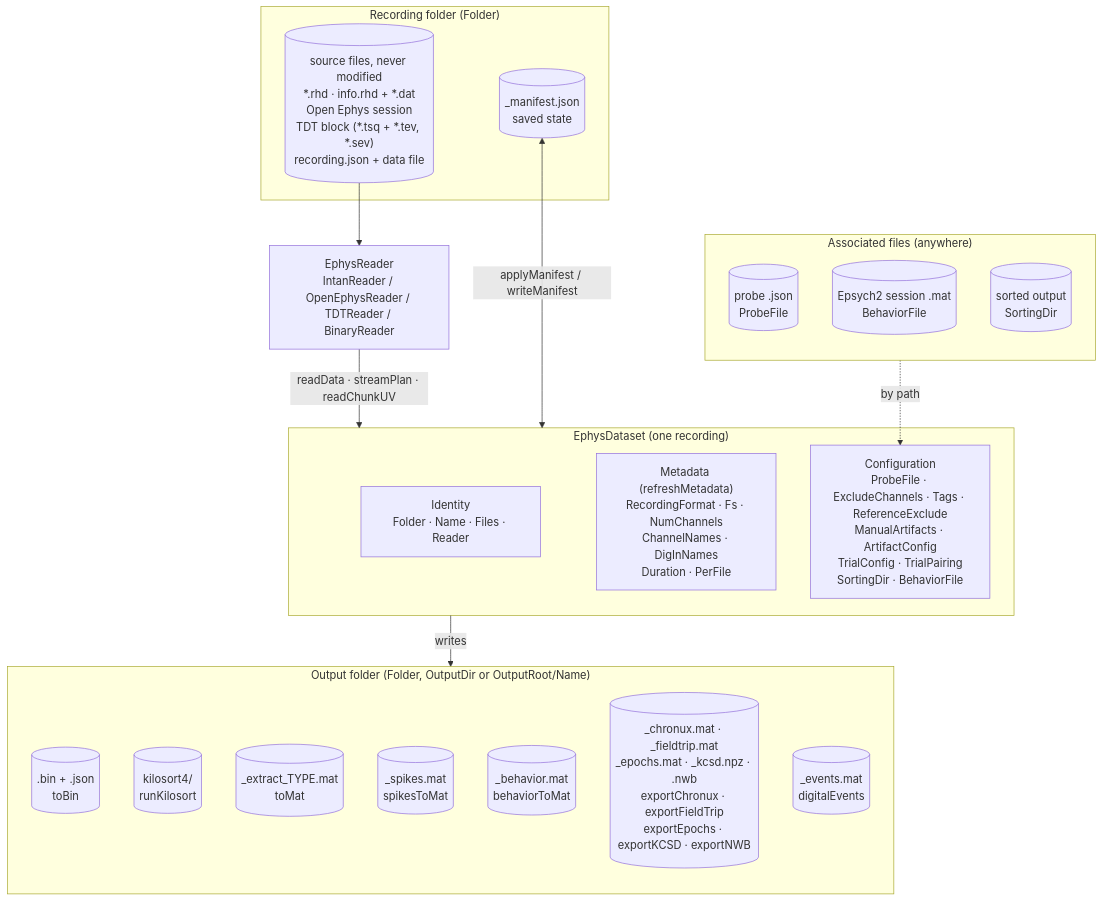
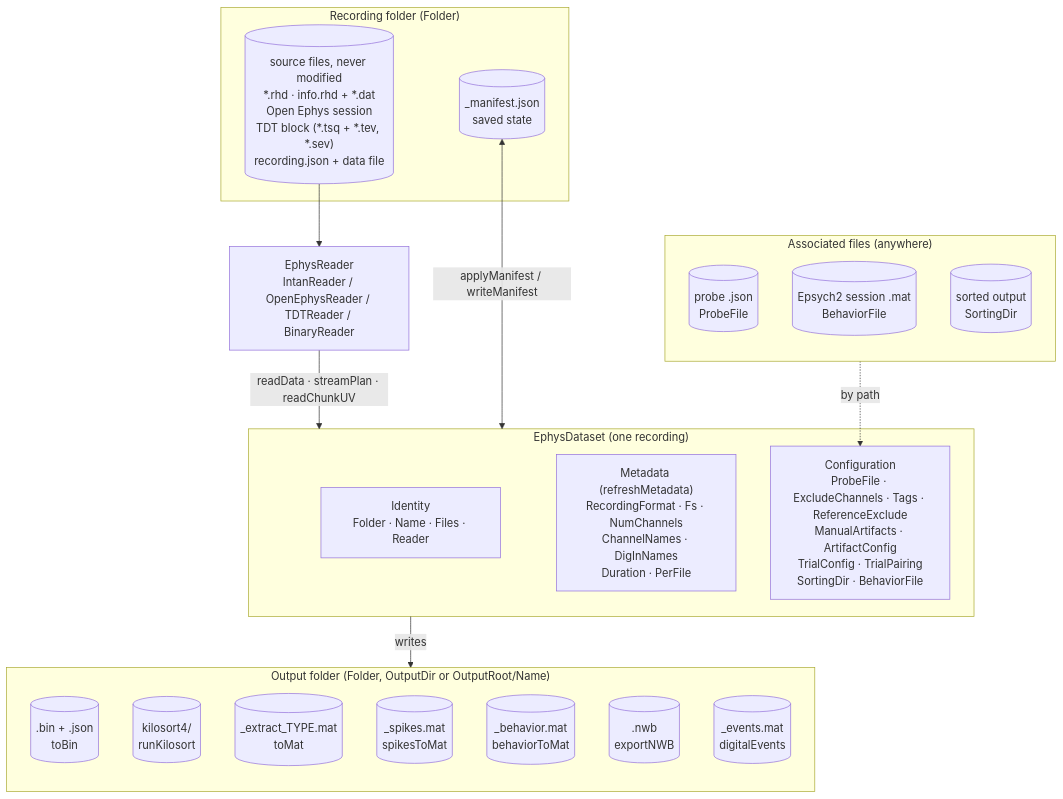
The diagram in documentation/EphysDataset.md (dstolz/ephys_analysis), drawn with Mermaid before and after one commit. The commit also changed other lines of this file and 72 other files, not shown here.

First line of the commit message:
Remove the pipeline's toolbox and epoch exports; Export writes NWB only

````diff
--- a/documentation/EphysDataset.md
+++ b/documentation/EphysDataset.md
@@ -50,39 +48,39 @@
 ```mermaid
 flowchart TB
     subgraph REC["Recording folder (Folder)"]
         RAW[("source files, never modified<br/>*.rhd · info.rhd + *.dat<br/>Open Ephys session<br/>TDT block (*.tsq + *.tev, *.sev)<br/>recording.json + data file")]
         MAN[("_manifest.json<br/>saved state")]
     end
 
     subgraph ASSOC["Associated files (anywhere)"]
         direction TB
         PRB[("probe .json<br/>ProbeFile")]
         SES[("Epsych2 session .mat<br/>BehaviorFile")]
         PHY[("sorted output<br/>SortingDir")]
     end
 
     RD["EphysReader<br/>IntanReader / OpenEphysReader / TDTReader / BinaryReader"]
 
     subgraph DS["EphysDataset (one recording)"]
         ID["Identity<br/>Folder · Name · Files · Reader"]
         META["Metadata (refreshMetadata)<br/>RecordingFormat · Fs · NumChannels<br/>ChannelNames · DigInNames<br/>Duration · PerFile"]
         CONF["Configuration<br/>ProbeFile · ExcludeChannels · Tags · ReferenceExclude<br/>ManualArtifacts · ArtifactConfig<br/>TrialConfig · TrialPairing<br/>SortingDir · BehaviorFile"]
     end
 
     subgraph OUT["Output folder (Folder, OutputDir or OutputRoot/Name)"]
         direction TB
         BIN[(".bin + .json<br/>toBin")]
         KS[("kilosort4/<br/>runKilosort")]
         EXT[("_extract_TYPE.mat<br/>toMat")]
         SPK[("_spikes.mat<br/>spikesToMat")]
         BEHM[("_behavior.mat<br/>behaviorToMat")]
-        EXP[("_chronux.mat · _fieldtrip.mat<br/>_epochs.mat · _kcsd.npz · .nwb<br/>exportChronux · exportFieldTrip<br/>exportEpochs · exportKCSD · exportNWB")]
+        EXP[(".nwb<br/>exportNWB")]
         EVC[("_events.mat<br/>digitalEvents")]
     end
 
     RAW --> RD
     RD -- "readData · streamPlan · readChunkUV" --> DS
     MAN <-->|"applyManifest / writeManifest"| DS
     ASSOC -. by path .-> CONF
     DS -- writes --> OUT
 ```
````
